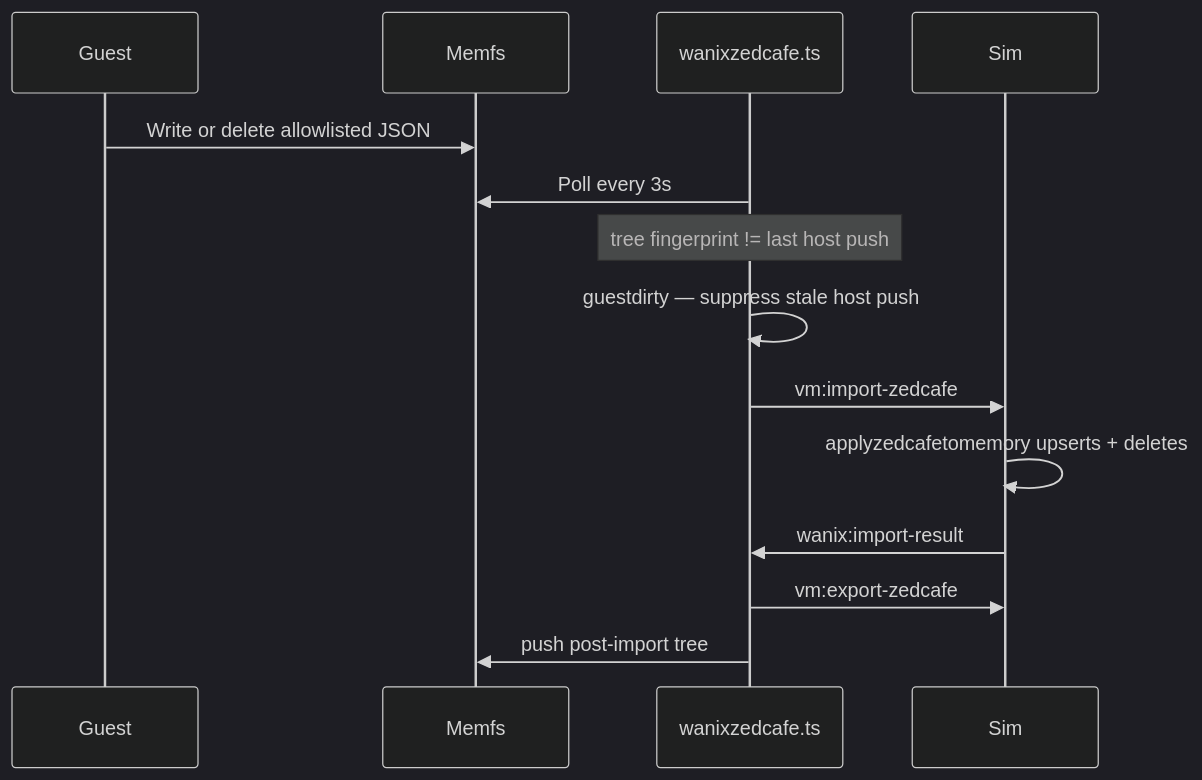
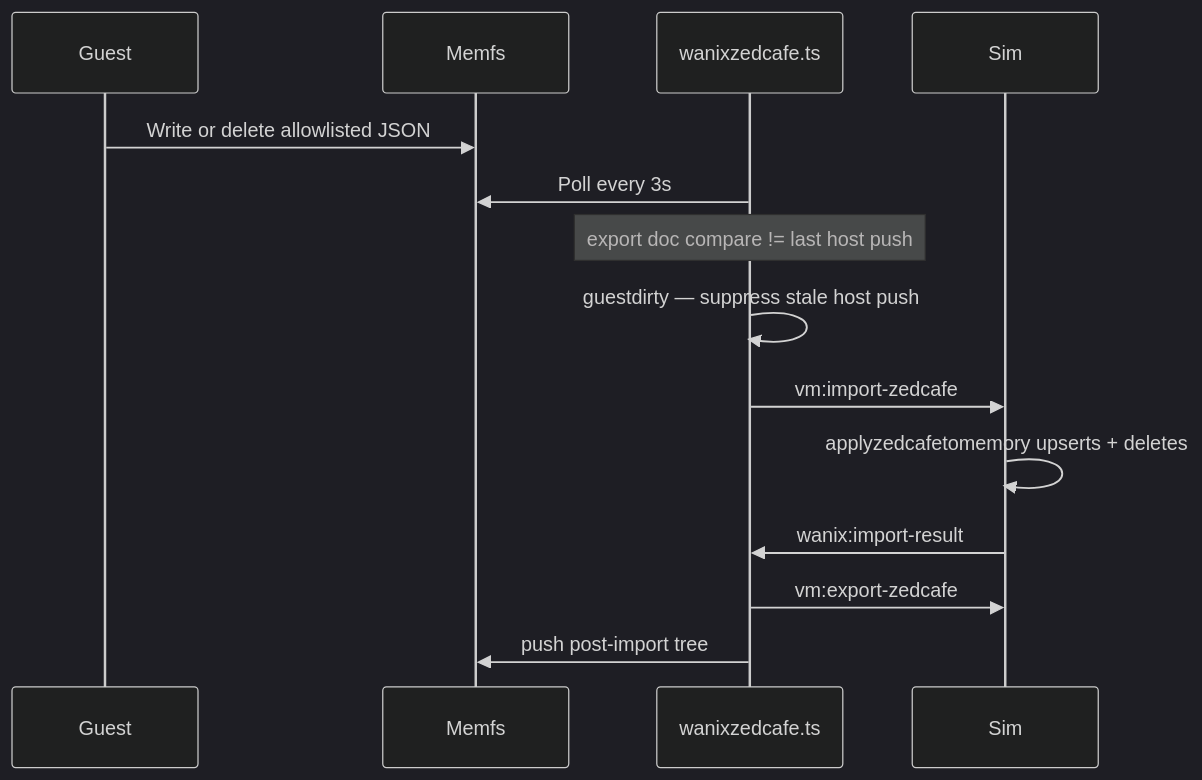
One commit to goldbuick/zed-software-system changed the fourth of 9 diagrams in zss/feature/wanix/README.md. Above: the diagram before and after it, drawn with Mermaid (dark theme). The commit also changed other lines of this file and 12 other files, not shown here.

````diff
--- a/zss/feature/wanix/README.md
+++ b/zss/feature/wanix/README.md
@@ -204,17 +204,17 @@
 ```mermaid
 sequenceDiagram
   participant Guest
   participant Memfs
   participant Parent as wanixzedcafe.ts
   participant Sim
 
   Guest->>Memfs: Write or delete allowlisted JSON
   Parent->>Memfs: Poll every 3s
-  Note over Parent: tree fingerprint != last host push
+  Note over Parent: export doc compare != last host push
   Parent->>Parent: guestdirty — suppress stale host push
   Parent->>Sim: vm:import-zedcafe
   Sim->>Sim: applyzedcafetomemory upserts + deletes
   Sim->>Parent: wanix:import-result
   Parent->>Sim: vm:export-zedcafe
   Parent->>Memfs: push post-import tree
 ```
````
